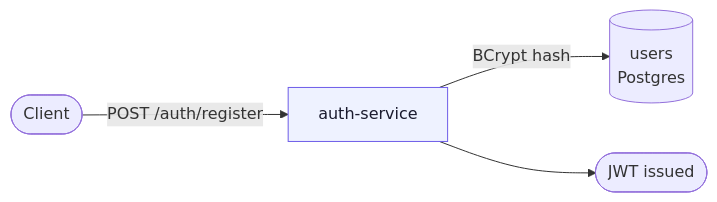
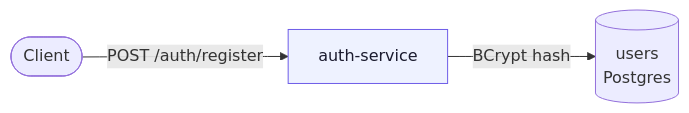
The first of 5 diagrams in README.md (Thangaprabhu/turbotax-refund-service), drawn with Mermaid before and after one commit. The commit also changed other lines of this file, not shown here.

Commit message:
Fix Flow 1/2 diagrams: drop JWT node from Register, reword Login's to 'Issue JWT'

````diff
--- a/README.md
+++ b/README.md
@@ -40,8 +40,7 @@
 ```mermaid
 flowchart LR
     C(["Client"]) -->|"POST /auth/register"| A["auth-service"]
     A -->|"BCrypt hash"| D[("users<br/>Postgres")]
-    A --> J(["JWT issued"])
     classDef auth fill:#eef2ff,stroke:#6d5ce8,color:#1a1a2e;
     class A auth;
 ```
````
